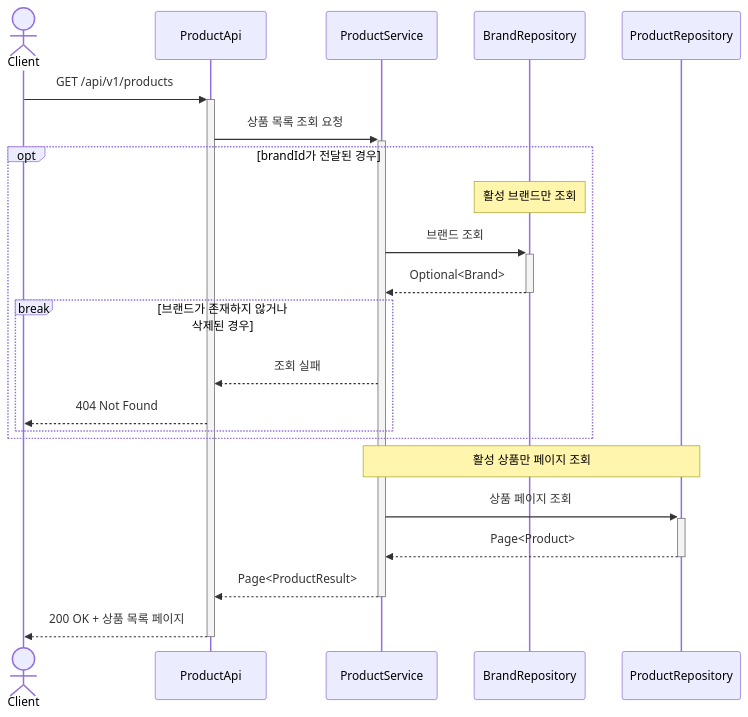
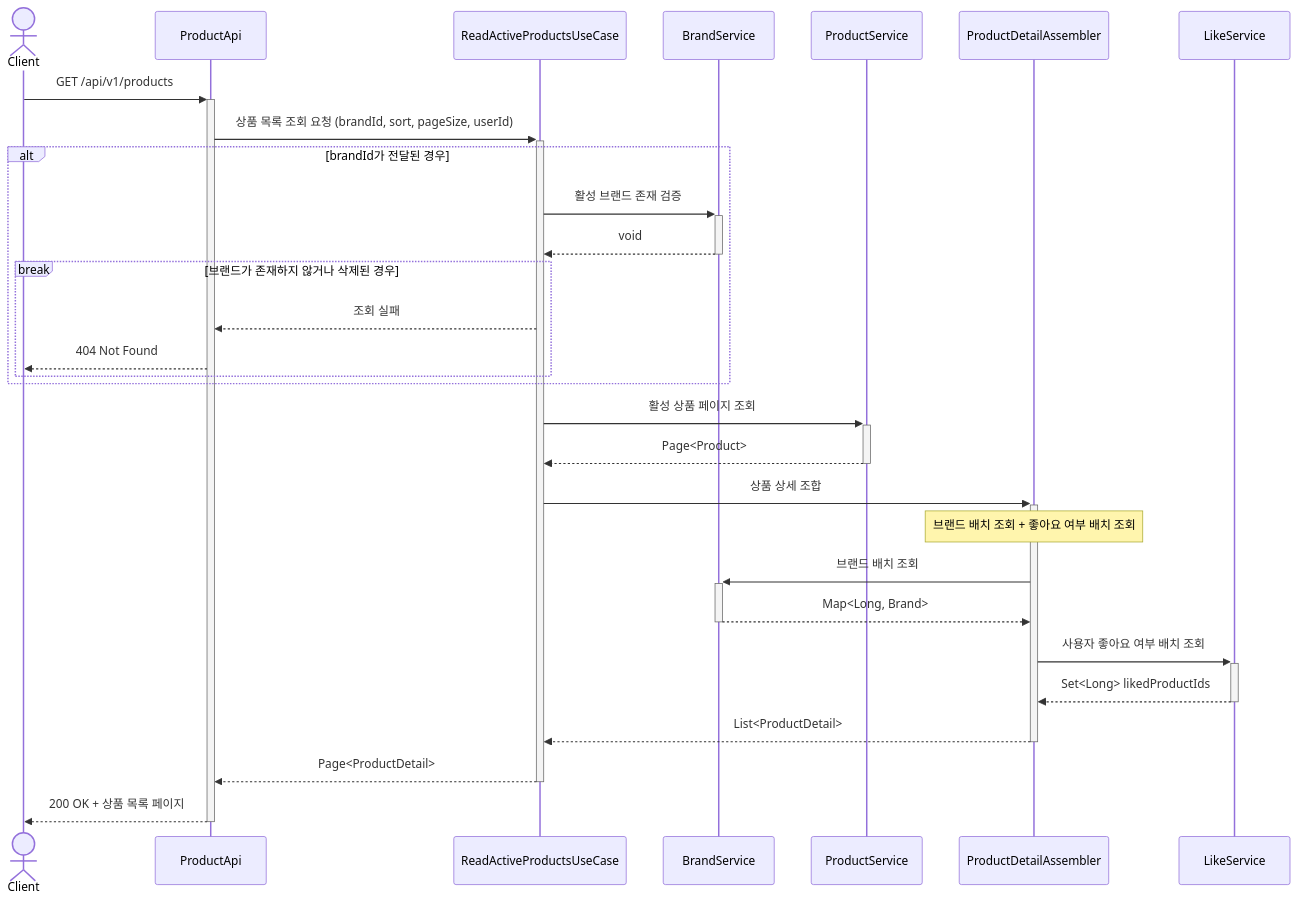
Before and after one commit to Loopers-dev-lab/loop-pack-be-l2-vol3-java: diagram 14 of 23 in .docs/design/02-sequence-diagrams.md, drawn with Mermaid. The commit also changed other lines of this file and 143 other files, not shown here.

````diff
--- a/.docs/design/02-sequence-diagrams.md
+++ b/.docs/design/02-sequence-diagrams.md
@@ -469,28 +496,37 @@
 ```mermaid
 sequenceDiagram
     actor Client
     participant ProductApi
+    participant ReadActiveProductsUseCase
+    participant BrandService
     participant ProductService
-    participant BrandRepository
-    participant ProductRepository
+    participant ProductDetailAssembler
+    participant LikeService
 
     Client ->>+ ProductApi: GET /api/v1/products
-    ProductApi ->>+ ProductService: 상품 목록 조회 요청
+    ProductApi ->>+ ReadActiveProductsUseCase: 상품 목록 조회 요청 (brandId, sort, pageSize, userId)
 
-    opt brandId가 전달된 경우
-        Note over BrandRepository: 활성 브랜드만 조회
-        ProductService ->>+ BrandRepository: 브랜드 조회
-        BrandRepository -->>- ProductService: Optional<Brand>
+    alt brandId가 전달된 경우
+        ReadActiveProductsUseCase ->>+ BrandService: 활성 브랜드 존재 검증
+        BrandService -->>- ReadActiveProductsUseCase: void
 
         break 브랜드가 존재하지 않거나 삭제된 경우
-            ProductService -->> ProductApi: 조회 실패
+            ReadActiveProductsUseCase -->> ProductApi: 조회 실패
             ProductApi -->> Client: 404 Not Found
         end
     end
 
-    Note over ProductService, ProductRepository: 활성 상품만 페이지 조회
-    ProductService ->>+ ProductRepository: 상품 페이지 조회
-    ProductRepository -->>- ProductService: Page<Product>
-    ProductService -->>- ProductApi: Page<ProductResult>
+    ReadActiveProductsUseCase ->>+ ProductService: 활성 상품 페이지 조회
+    ProductService -->>- ReadActiveProductsUseCase: Page<Product>
+
+    ReadActiveProductsUseCase ->>+ ProductDetailAssembler: 상품 상세 조합
+    Note over ProductDetailAssembler: 브랜드 배치 조회 + 좋아요 여부 배치 조회
+    ProductDetailAssembler ->>+ BrandService: 브랜드 배치 조회
+    BrandService -->>- ProductDetailAssembler: Map<Long, Brand>
+    ProductDetailAssembler ->>+ LikeService: 사용자 좋아요 여부 배치 조회
+    LikeService -->>- ProductDetailAssembler: Set<Long> likedProductIds
+    ProductDetailAssembler -->>- ReadActiveProductsUseCase: List<ProductDetail>
+
+    ReadActiveProductsUseCase -->>- ProductApi: Page<ProductDetail>
     ProductApi -->>- Client: 200 OK + 상품 목록 페이지
 ```
````
